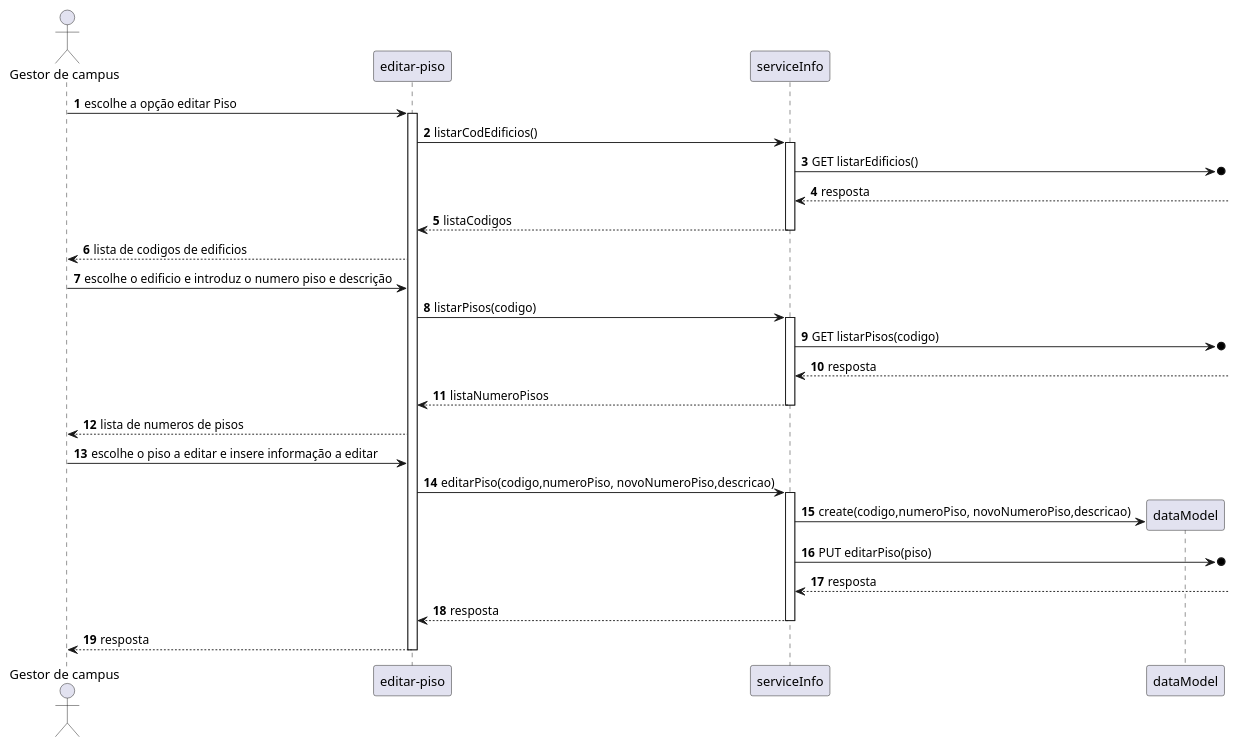
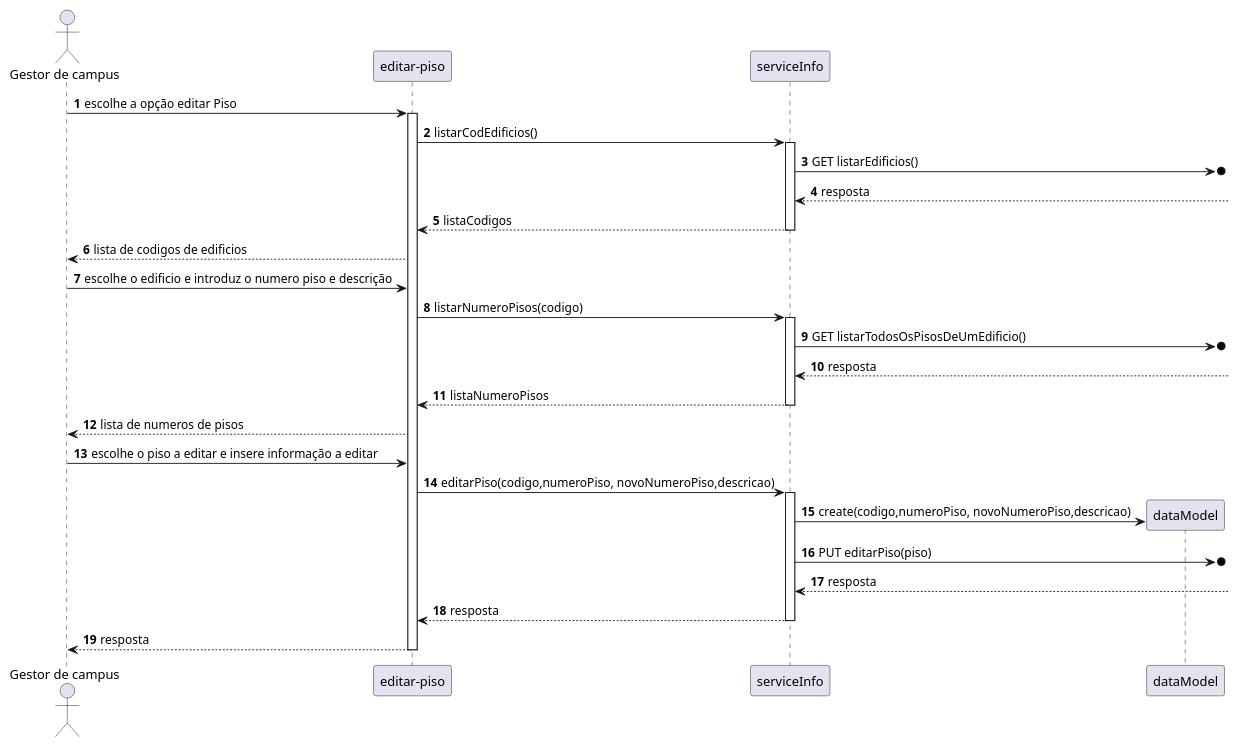
Before and after one commit to SEM5PI2324G58/sem5pi_g58_23_24: the diagram in docs/Sprint_B/US_1110/N3/US1110_VP.puml, drawn with PlantUML. The commit also changed 3 other files, not shown here.

```diff
--- a/docs/Sprint_B/US_1110/N3/US1110_VP.puml
+++ b/docs/Sprint_B/US_1110/N3/US1110_VP.puml
@@ -1,35 +1,35 @@
 autonumber
 
 actor "Gestor de campus" as ator
 participant "editar-piso" as component
 participant "serviceInfo" as serviceInfo
 participant "dataModel" as dataModel
 
 
 ator -> component: escolhe a opção editar Piso
 activate component
 component -> serviceInfo: listarCodEdificios()
 activate serviceInfo
 serviceInfo ->o] : GET listarEdificios()
 serviceInfo<-- : resposta
 return listaCodigos
 ator <-- component: lista de codigos de edificios
 ator -> component: escolhe o edificio e introduz o numero piso e descrição
 
-component -> serviceInfo: listarPisos(codigo)
+component -> serviceInfo: listarNumeroPisos(codigo)
 activate serviceInfo
-serviceInfo ->o] : GET listarPisos(codigo)
+serviceInfo ->o] : GET listarTodosOsPisosDeUmEdificio()
 serviceInfo<-- : resposta
 return listaNumeroPisos
 ator <-- component: lista de numeros de pisos
 
 ator -> component: escolhe o piso a editar e insere informação a editar
 
 
 component -> serviceInfo: editarPiso(codigo,numeroPiso, novoNumeroPiso,descricao)
 activate serviceInfo
 serviceInfo -> dataModel **: create(codigo,numeroPiso, novoNumeroPiso,descricao)
 serviceInfo ->o]: PUT editarPiso(piso)
 serviceInfo<-- : resposta
 return resposta
 return resposta
```
